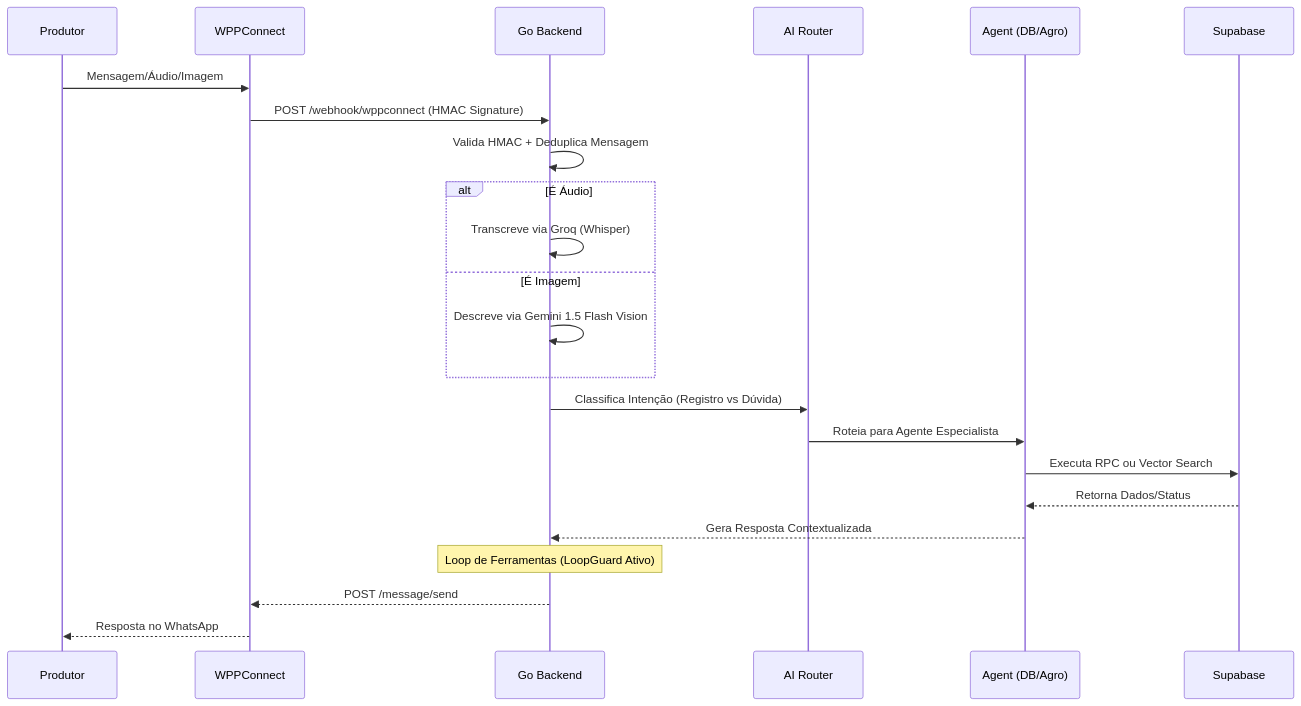
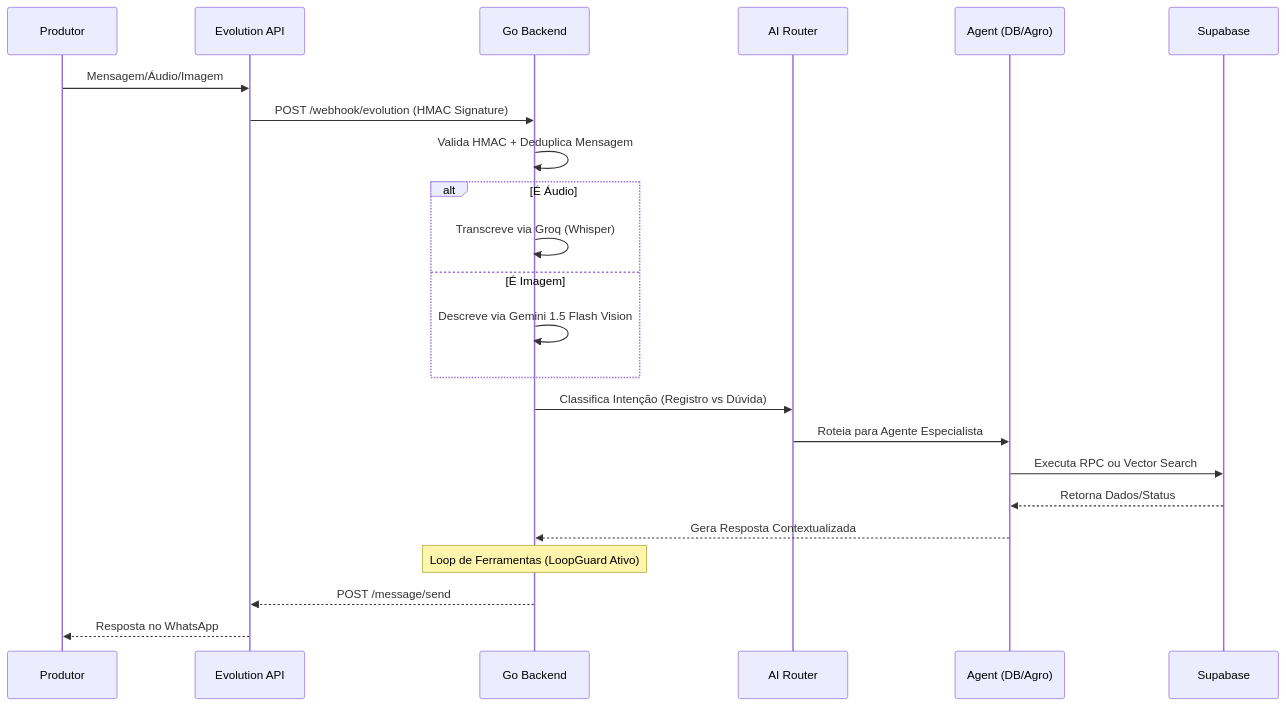
The first of 3 diagrams in docs/architecture/data-flow.md (thebrunm97/manejo-org), drawn with Mermaid before and after one commit. The commit also changed other lines of this file and 54 other files, not shown here.

Commit message:
docs: add architecture specs, research reports, and RAG knowledge base

````diff
--- a/docs/architecture/data-flow.md
+++ b/docs/architecture/data-flow.md
@@ -8,26 +8,26 @@
 ```mermaid
 sequenceDiagram
     participant P as Produtor
-    participant W as WPPConnect
+    participant W as Evolution API
     participant G as Go Backend
     participant R as AI Router
     participant A as Agent (DB/Agro)
     participant S as Supabase
 
     P->>W: Mensagem/Áudio/Imagem
-    W->>G: POST /webhook/wppconnect (HMAC Signature)
+    W->>G: POST /webhook/evolution (HMAC Signature)
     G->>G: Valida HMAC + Deduplica Mensagem
     alt É Áudio
         G->>G: Transcreve via Groq (Whisper)
     else É Imagem
         G->>G: Descreve via Gemini 1.5 Flash Vision
     end
     G->>R: Classifica Intenção (Registro vs Dúvida)
     R->>A: Roteia para Agente Especialista
     A->>S: Executa RPC ou Vector Search
     S-->>A: Retorna Dados/Status
     A-->>G: Gera Resposta Contextualizada
     Note over G: Loop de Ferramentas (LoopGuard Ativo)
     G-->>W: POST /message/send
     W-->>P: Resposta no WhatsApp
 ```
````
